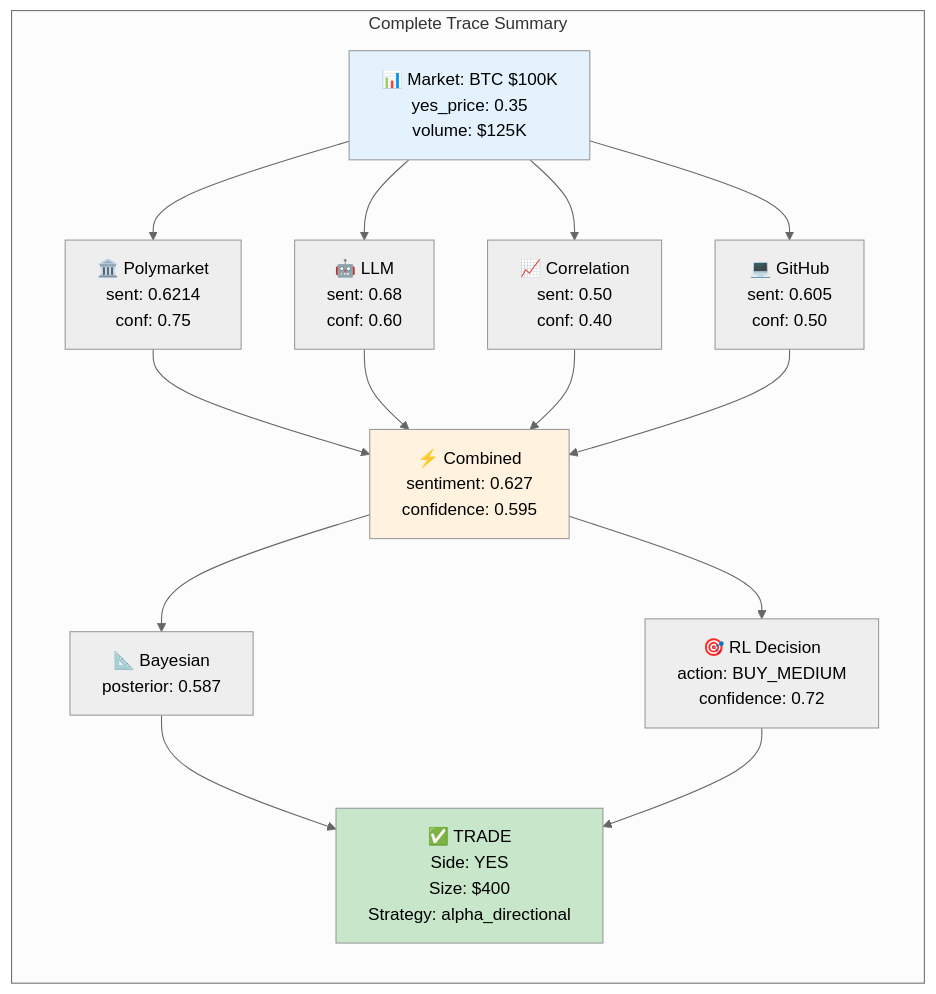
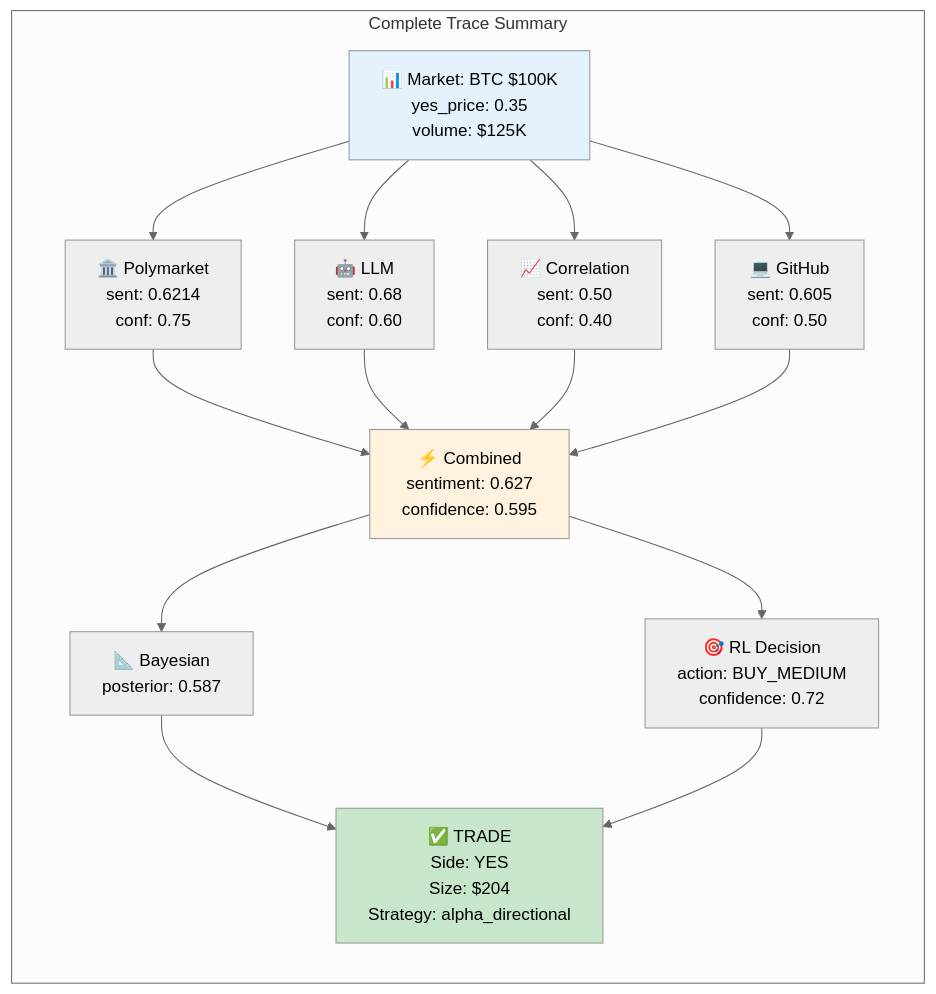
One commit to lakews/Path-B-Working-on-Lanes-Strategy changed the ninth of 9 diagrams in docs/SENTIMENT_COMPLETE_GUIDE.md. Above: the diagram before and after it, drawn with Mermaid (neutral theme).

Commit message:
auto-commit for 3eae0891-989b-495c-a7f9-8d878af9bea8

````diff
--- a/docs/SENTIMENT_COMPLETE_GUIDE.md
+++ b/docs/SENTIMENT_COMPLETE_GUIDE.md
@@ -907,41 +907,41 @@
 ```mermaid
 flowchart TB
     subgraph TRACE["Complete Trace Summary"]
         direction TB
         
         INPUT["📊 Market: BTC $100K<br/>yes_price: 0.35<br/>volume: $125K"]
         
         POLY["🏛️ Polymarket<br/>sent: 0.6214<br/>conf: 0.75"]
         LLM_S["🤖 LLM<br/>sent: 0.68<br/>conf: 0.60"]
         CORR["📈 Correlation<br/>sent: 0.50<br/>conf: 0.40"]
         GIT["💻 GitHub<br/>sent: 0.605<br/>conf: 0.50"]
         
         COMB["⚡ Combined<br/>sentiment: 0.627<br/>confidence: 0.595"]
         
         BAY["📐 Bayesian<br/>posterior: 0.587"]
         
         RL_OUT["🎯 RL Decision<br/>action: BUY_MEDIUM<br/>confidence: 0.72"]
         
-        FINAL["✅ TRADE<br/>Side: YES<br/>Size: $400<br/>Strategy: alpha_directional"]
+        FINAL["✅ TRADE<br/>Side: YES<br/>Size: $204<br/>Strategy: alpha_directional"]
     end
 
     INPUT --> POLY
     INPUT --> LLM_S
     INPUT --> CORR
     INPUT --> GIT
     
     POLY --> COMB
     LLM_S --> COMB
     CORR --> COMB
     GIT --> COMB
     
     COMB --> BAY
     COMB --> RL_OUT
     
     BAY --> FINAL
     RL_OUT --> FINAL
 
     style INPUT fill:#e3f2fd
     style COMB fill:#fff3e0
     style FINAL fill:#c8e6c9
 ```
````
